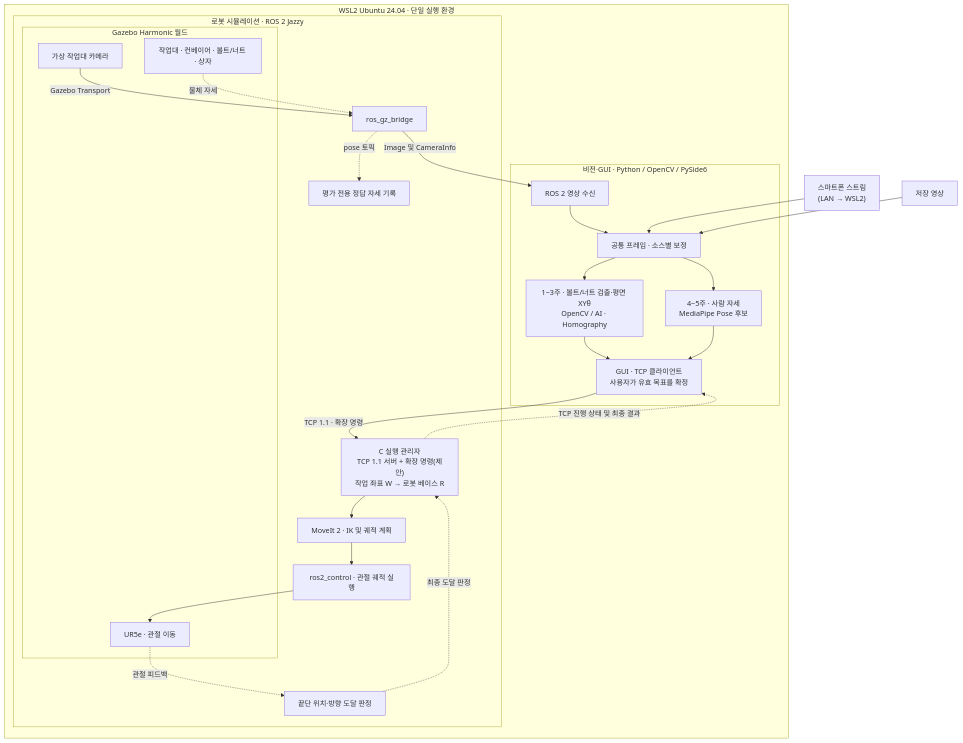
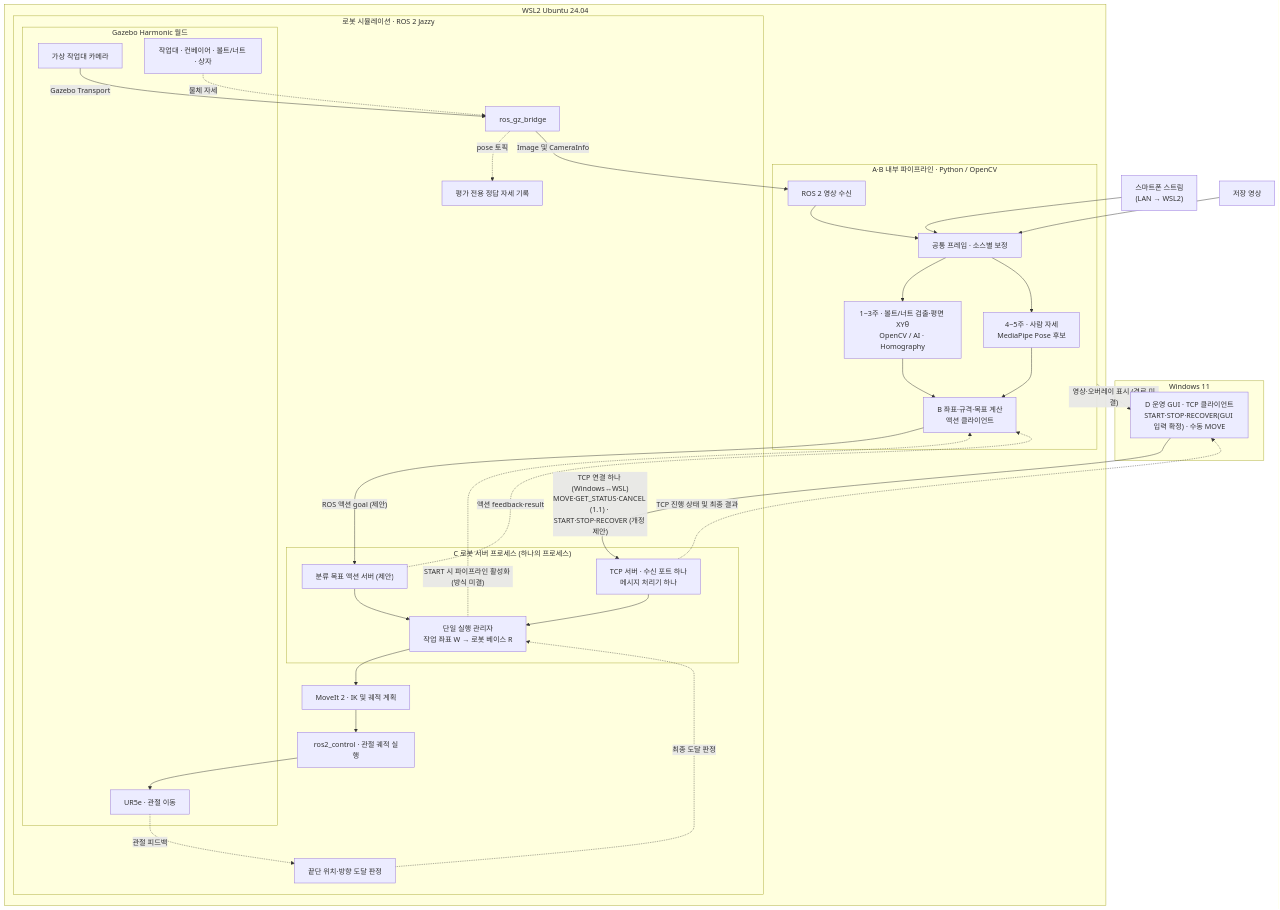
The diagram in docs/architecture/시스템_아키텍처_및_프로젝트_계획.md (didgustmd23/EyetoArm), drawn with Mermaid before and after one commit. The commit also changed other lines of this file and 16 other files, not shown here.

````diff
--- a/docs/architecture/시스템_아키텍처_및_프로젝트_계획.md
+++ b/docs/architecture/시스템_아키텍처_및_프로젝트_계획.md
@@ -92,50 +102,64 @@
 ```mermaid
 flowchart TB
     Phone["스마트폰 스트림<br/>(LAN → WSL2)"]
     Video["저장 영상"]
 
-    subgraph WSL["WSL2 Ubuntu 24.04 · 단일 실행 환경"]
+    subgraph Win["Windows 11"]
+        Client["D 운영 GUI · TCP 클라이언트<br/>START·STOP·RECOVER(GUI 입력 확정) · 수동 MOVE"]
+    end
 
-        subgraph Vision["비전·GUI · Python / OpenCV / PySide6"]
+    subgraph WSL["WSL2 Ubuntu 24.04"]
+
+        subgraph Vision["A·B 내부 파이프라인 · Python / OpenCV"]
             RosInput["ROS 2 영상 수신"]
             Frames["공통 프레임 · 소스별 보정"]
             Planar["1~3주 · 볼트/너트 검출·평면 XYθ<br/>OpenCV / AI · Homography"]
             Pose["4~5주 · 사람 자세<br/>MediaPipe Pose 후보"]
-            Client["GUI · TCP 클라이언트<br/>사용자가 유효 목표를 확정"]
+            Calc["B 좌표·규격·목표 계산<br/>액션 클라이언트"]
             RosInput --> Frames
             Frames --> Planar
             Frames --> Pose
-            Planar --> Client
-            Pose --> Client
+            Planar --> Calc
+            Pose --> Calc
         end
 
         subgraph Robot["로봇 시뮬레이션 · ROS 2 Jazzy"]
             Bridge["ros_gz_bridge"]
-            Server["C 실행 관리자<br/>TCP 1.1 서버 + 확장 명령(제안)<br/>작업 좌표 W → 로봇 베이스 R"]
+            subgraph CProc["C 로봇 서버 프로세스 (하나의 프로세스)"]
+                TcpL["TCP 서버 · 수신 포트 하나<br/>메시지 처리기 하나"]
+                ActS["분류 목표 액션 서버 (제안)"]
+                Server["단일 실행 관리자<br/>작업 좌표 W → 로봇 베이스 R"]
+                TcpL --> Server
+                ActS --> Server
+            end
             Planner["MoveIt 2 · IK 및 궤적 계획"]
             Controller["ros2_control · 관절 궤적 실행"]
             Verify["끝단 위치·방향 도달 판정"]
 
             subgraph World["Gazebo Harmonic 월드"]
                 Camera["가상 작업대 카메라"]
                 Scene["작업대 · 컨베이어 · 볼트/너트 · 상자"]
                 Arm["UR5e · 관절 이동"]
             end
 
             Truth["평가 전용 정답 자세 기록"]
 
             Camera -->|Gazebo Transport| Bridge
             Scene -. 물체 자세 .-> Bridge
             Bridge -. pose 토픽 .-> Truth
             Server --> Planner --> Controller --> Arm
             Arm -. 관절 피드백 .-> Verify
         end
     end
 
     Phone --> Frames
     Video --> Frames
     Bridge -->|Image 및 CameraInfo| RosInput
-    Client -->|"TCP 1.1 · 확장 명령"| Server
+    Calc -->|"ROS 액션 goal (제안)"| ActS
+    ActS -. 액션 feedback·result .-> Calc
+    Client -->|"TCP 연결 하나 (Windows↔WSL)<br/>MOVE·GET_STATUS·CANCEL (1.1) · START·STOP·RECOVER (개정 제안)"| TcpL
+    Server -. "START 시 파이프라인 활성화 (방식 미결)" .-> Calc
+    Vision -. "영상·오버레이 표시 (경로 미결)" .-> Client
     Verify -. 최종 도달 판정 .-> Server
-    Server -. TCP 진행 상태 및 최종 결과 .-> Client
+    TcpL -. TCP 진행 상태 및 최종 결과 .-> Client
 ```
````
